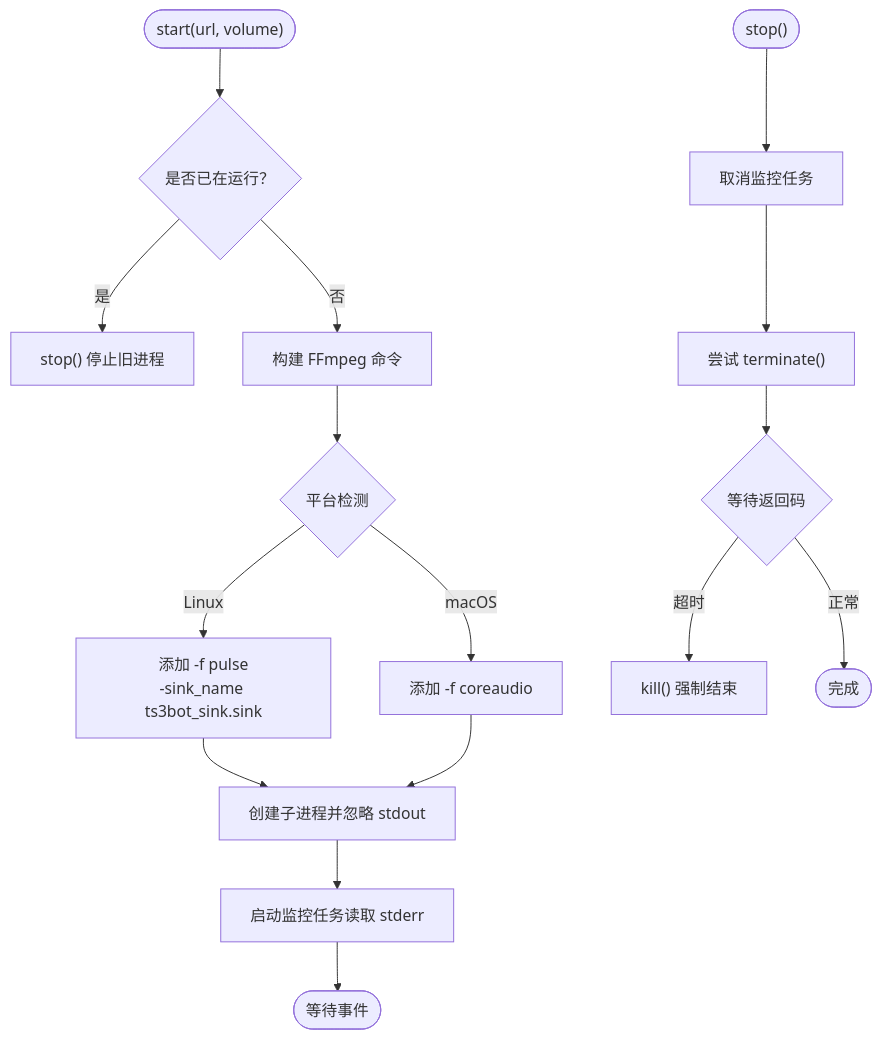
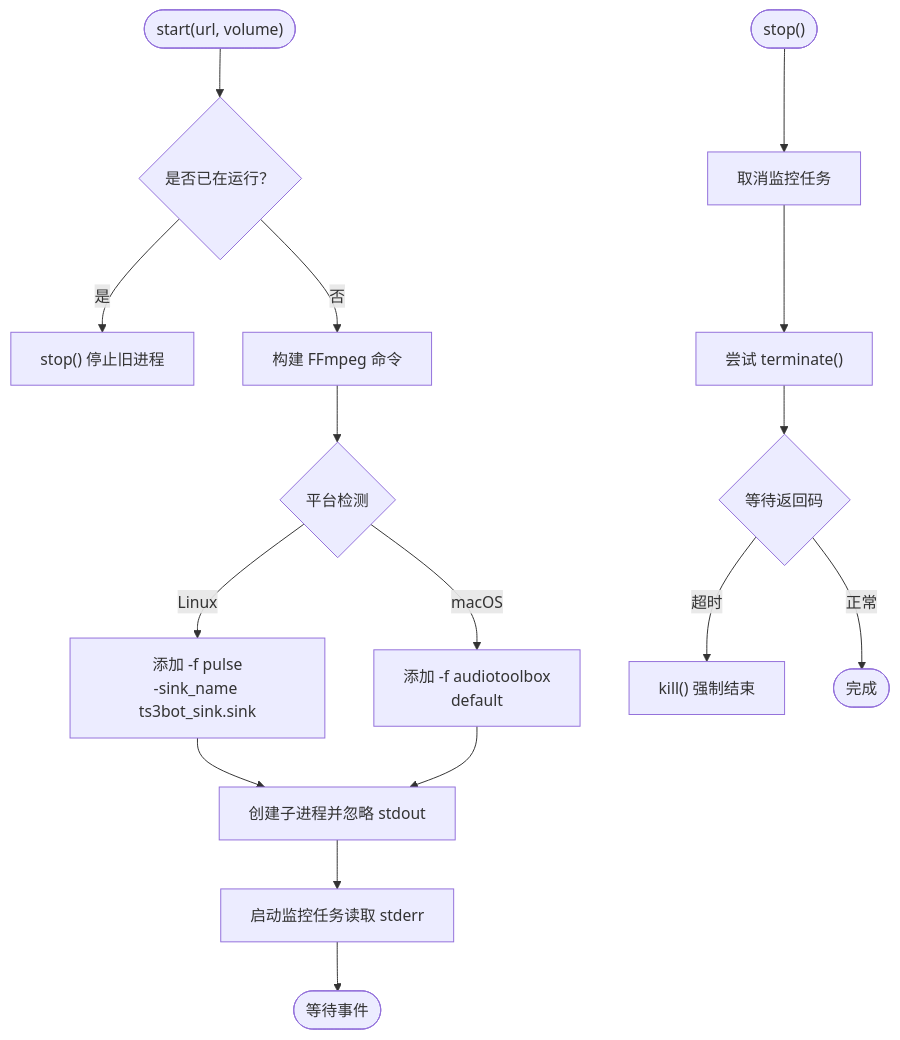
One commit to GhoulOwl/Teamspeak3_Bot changed the fourth of 8 diagrams in .qoder/repowiki/zh/content/音乐播放系统/音频控制器.md. Above: the diagram before and after it, drawn with Mermaid. The commit also changed other lines of this file and 8 other files, not shown here.

````diff
--- a/.qoder/repowiki/zh/content/音乐播放系统/音频控制器.md
+++ b/.qoder/repowiki/zh/content/音乐播放系统/音频控制器.md
@@ -180,18 +197,18 @@
 ```mermaid
 flowchart TD
 Start(["start(url, volume)"]) --> CheckRunning{"是否已在运行？"}
 CheckRunning --> |是| StopPrev["stop() 停止旧进程"]
 CheckRunning --> |否| BuildCmd["构建 FFmpeg 命令"]
 BuildCmd --> Platform{"平台检测"}
 Platform --> |Linux| LinuxCmd["添加 -f pulse<br/>-sink_name ts3bot_sink.sink"]
-Platform --> |macOS| MacCmd["添加 -f coreaudio"]
+Platform --> |macOS| MacCmd["添加 -f audiotoolbox<br/>default"]
 LinuxCmd --> Spawn["创建子进程并忽略 stdout"]
 MacCmd --> Spawn
 Spawn --> Monitor["启动监控任务读取 stderr"]
 Monitor --> End(["等待事件"])
 Stop(["stop()"]) --> CancelTask["取消监控任务"]
 CancelTask --> Terminate["尝试 terminate()"]
 Terminate --> Wait{"等待返回码"}
 Wait --> |超时| Kill["kill() 强制结束"]
 Wait --> |正常| Done(["完成"])
 ```
````
